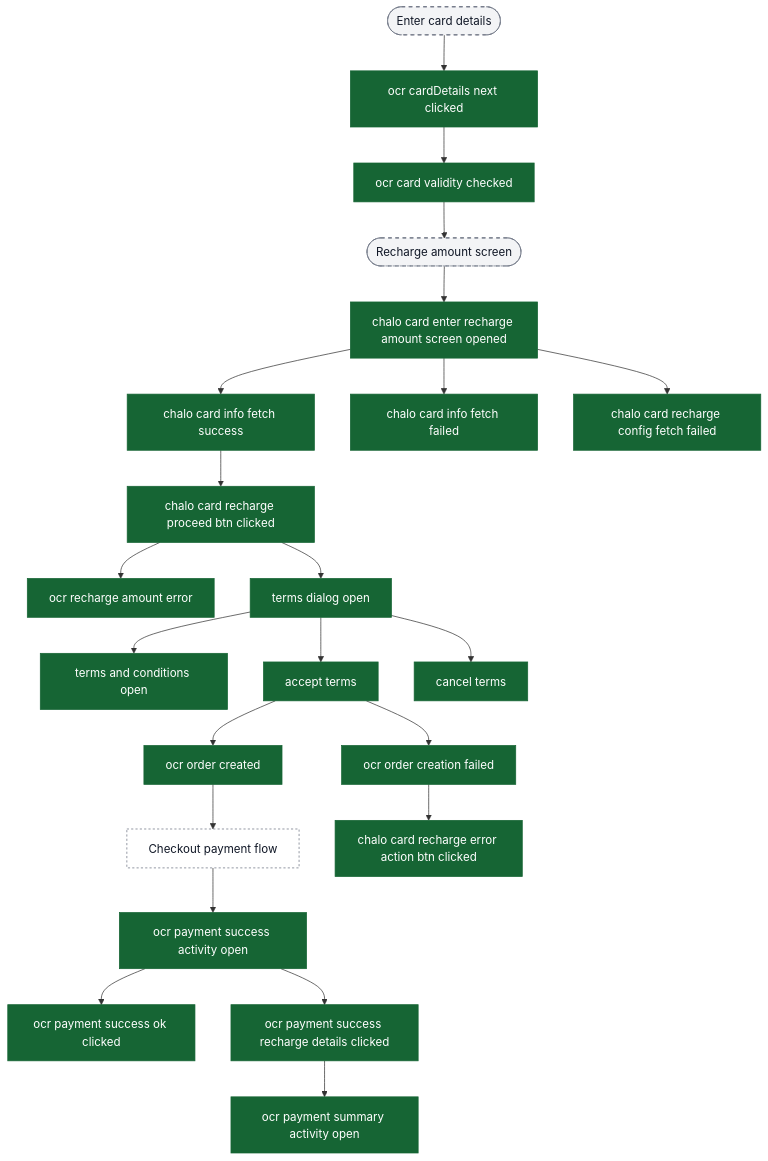
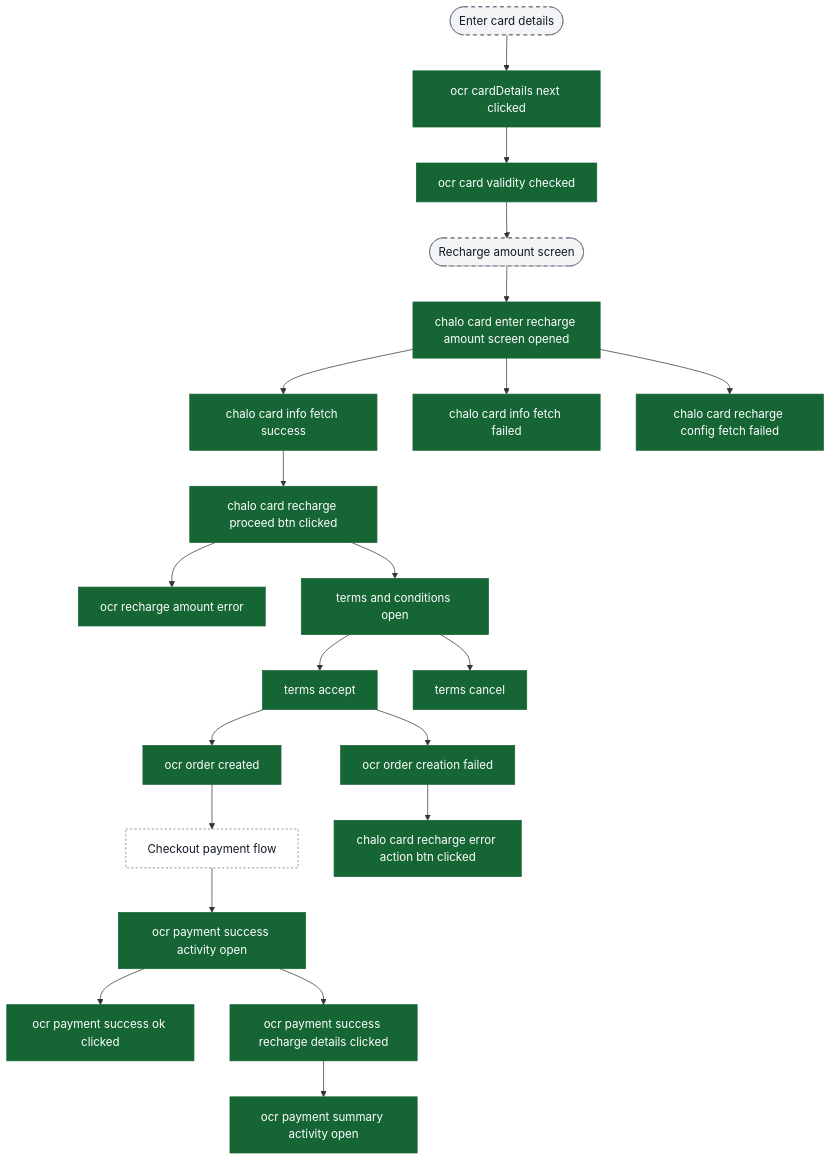
The fifth of 12 diagrams in content/analytics/card/flow-diagrams.md (ratulsarna/chalo-app-dashboard), drawn with Mermaid before and after one commit. The commit also changed other lines of this file and 2 other files, not shown here.

````diff
--- a/content/analytics/card/flow-diagrams.md
+++ b/content/analytics/card/flow-diagrams.md
@@ -102,42 +101,40 @@
 ```mermaid
 flowchart TD
   ui_enterCard([Enter card details]) --> ev_cardDetailsNext["ocr cardDetails next clicked"]
   ev_cardDetailsNext --> ev_validityCheck["ocr card validity checked"]
 
   ev_validityCheck --> ui_rechargeAmount([Recharge amount screen])
   ui_rechargeAmount --> ev_amountScreenOpen["chalo card enter recharge amount screen opened"]
 
   ev_amountScreenOpen --> ev_cardInfoSuccess["chalo card info fetch success"]
   ev_amountScreenOpen --> ev_cardInfoFailed["chalo card info fetch failed"]
   ev_amountScreenOpen --> ev_configFailed["chalo card recharge config fetch failed"]
 
   ev_cardInfoSuccess --> ev_proceedClicked["chalo card recharge proceed btn clicked"]
   ev_proceedClicked --> ev_amountError["ocr recharge amount error"]
-  ev_proceedClicked --> ev_termsOpen["terms dialog open"]
+  ev_proceedClicked --> ev_termsOpen["terms and conditions open"]
 
-  ev_termsOpen --> ev_termsAndConditionsOpen["terms and conditions open"]
-
-  ev_termsOpen --> ev_acceptTerms["accept terms"]
-  ev_termsOpen --> ev_cancelTerms["cancel terms"]
+  ev_termsOpen --> ev_acceptTerms["terms accept"]
+  ev_termsOpen --> ev_cancelTerms["terms cancel"]
 
   ev_acceptTerms --> ev_orderCreated["ocr order created"]
   ev_acceptTerms --> ev_orderFailed["ocr order creation failed"]
 
   ev_orderCreated --> ext_checkout[Checkout payment flow]
   ext_checkout --> ev_paymentSuccessOpen["ocr payment success activity open"]
 
   ev_paymentSuccessOpen --> ev_successOk["ocr payment success ok clicked"]
   ev_paymentSuccessOpen --> ev_successDetails["ocr payment success recharge details clicked"]
 
   ev_successDetails --> ev_summaryOpen["ocr payment summary activity open"]
 
   ev_orderFailed --> ev_errorAction["chalo card recharge error action btn clicked"]
 
   classDef event fill:#166534,stroke:#166534,color:#ffffff;
   classDef ui fill:#f3f4f6,stroke:#6b7280,stroke-dasharray: 5 5,color:#111827;
   classDef external fill:#ffffff,stroke:#6b7280,stroke-dasharray: 3 3,color:#111827;
 
-  class ev_cardDetailsNext,ev_validityCheck,ev_amountScreenOpen,ev_cardInfoSuccess,ev_cardInfoFailed,ev_configFailed,ev_proceedClicked,ev_amountError,ev_termsOpen,ev_termsAndConditionsOpen,ev_acceptTerms,ev_cancelTerms,ev_orderCreated,ev_orderFailed,ev_paymentSuccessOpen,ev_successOk,ev_successDetails,ev_summaryOpen,ev_errorAction event;
+  class ev_cardDetailsNext,ev_validityCheck,ev_amountScreenOpen,ev_cardInfoSuccess,ev_cardInfoFailed,ev_configFailed,ev_proceedClicked,ev_amountError,ev_termsOpen,ev_acceptTerms,ev_cancelTerms,ev_orderCreated,ev_orderFailed,ev_paymentSuccessOpen,ev_successOk,ev_successDetails,ev_summaryOpen,ev_errorAction event;
   class ui_enterCard,ui_rechargeAmount ui;
   class ext_checkout external;
 ```
````
